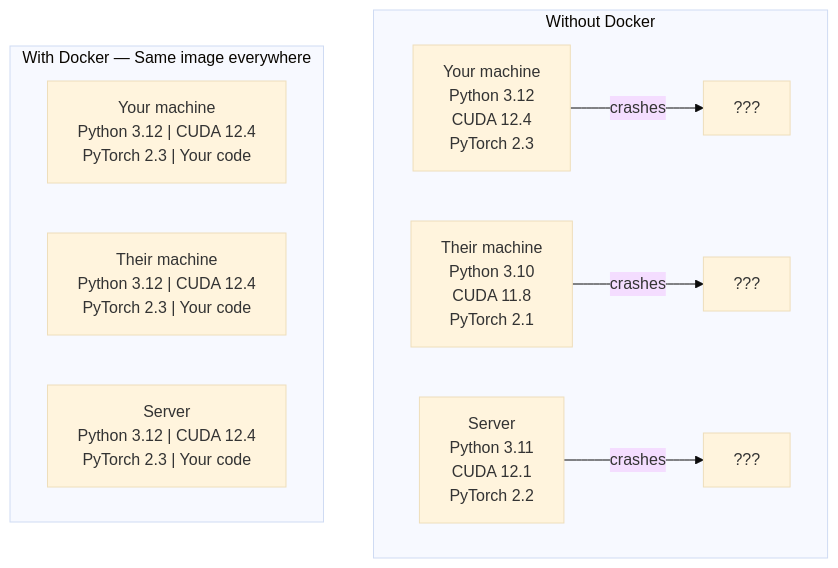
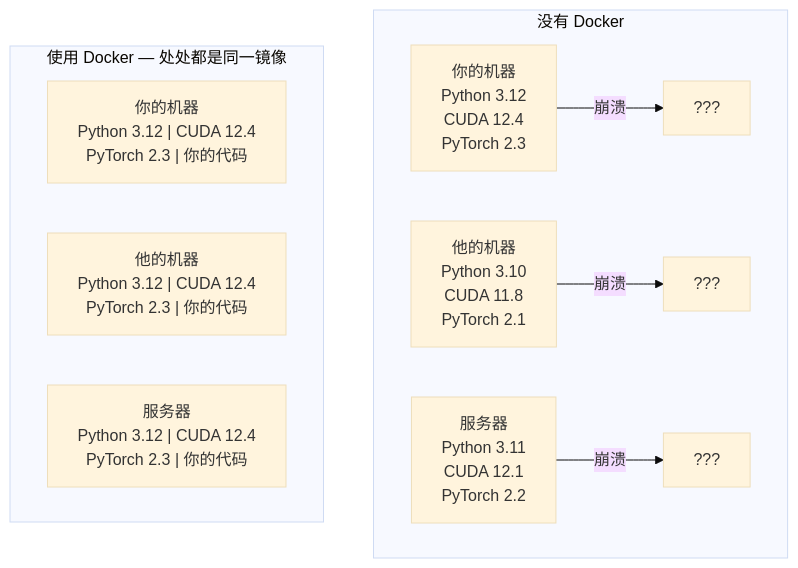
The diagram in phases/00-setup-and-tooling/07-docker-for-ai/docs/zh.md (JerryC8080/ai-engineering-from-scratch-zh), drawn with Mermaid (base theme) before and after one commit. The commit also changed 156 other files, not shown here.

First line of the commit message:
i18n(zh): translate mermaid diagram labels in 157 lesson zh.md

````diff
--- a/phases/00-setup-and-tooling/07-docker-for-ai/docs/zh.md
+++ b/phases/00-setup-and-tooling/07-docker-for-ai/docs/zh.md
@@ -29,14 +29,14 @@
 ```mermaid
 graph TD
-    subgraph without["Without Docker"]
-        A1["Your machine<br/>Python 3.12<br/>CUDA 12.4<br/>PyTorch 2.3"] -->|crashes| X1["???"]
-        A2["Their machine<br/>Python 3.10<br/>CUDA 11.8<br/>PyTorch 2.1"] -->|crashes| X2["???"]
-        A3["Server<br/>Python 3.11<br/>CUDA 12.1<br/>PyTorch 2.2"] -->|crashes| X3["???"]
+    subgraph without["没有 Docker"]
+        A1["你的机器<br/>Python 3.12<br/>CUDA 12.4<br/>PyTorch 2.3"] -->|崩溃| X1["???"]
+        A2["他的机器<br/>Python 3.10<br/>CUDA 11.8<br/>PyTorch 2.1"] -->|崩溃| X2["???"]
+        A3["服务器<br/>Python 3.11<br/>CUDA 12.1<br/>PyTorch 2.2"] -->|崩溃| X3["???"]
     end
 
-    subgraph with_docker["With Docker — Same image everywhere"]
-        B1["Your machine<br/>Python 3.12 | CUDA 12.4<br/>PyTorch 2.3 | Your code"]
-        B2["Their machine<br/>Python 3.12 | CUDA 12.4<br/>PyTorch 2.3 | Your code"]
-        B3["Server<br/>Python 3.12 | CUDA 12.4<br/>PyTorch 2.3 | Your code"]
+    subgraph with_docker["使用 Docker — 处处都是同一镜像"]
+        B1["你的机器<br/>Python 3.12 | CUDA 12.4<br/>PyTorch 2.3 | 你的代码"]
+        B2["他的机器<br/>Python 3.12 | CUDA 12.4<br/>PyTorch 2.3 | 你的代码"]
+        B3["服务器<br/>Python 3.12 | CUDA 12.4<br/>PyTorch 2.3 | 你的代码"]
     end
 ```
````
